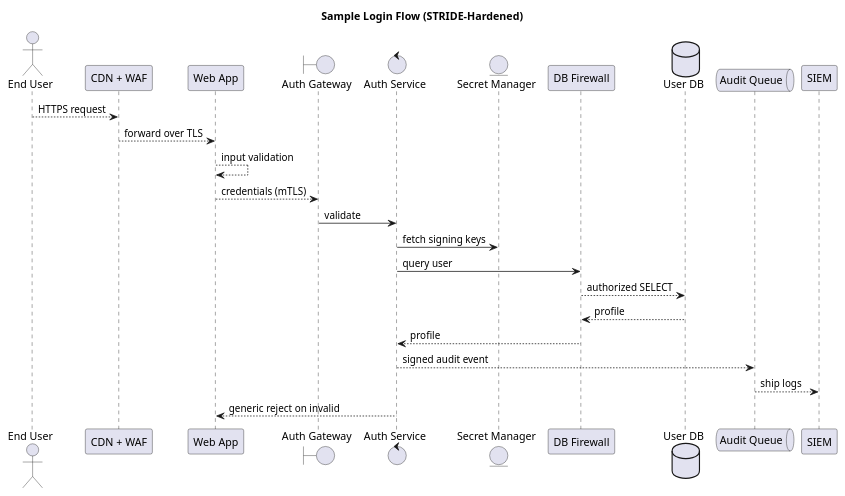
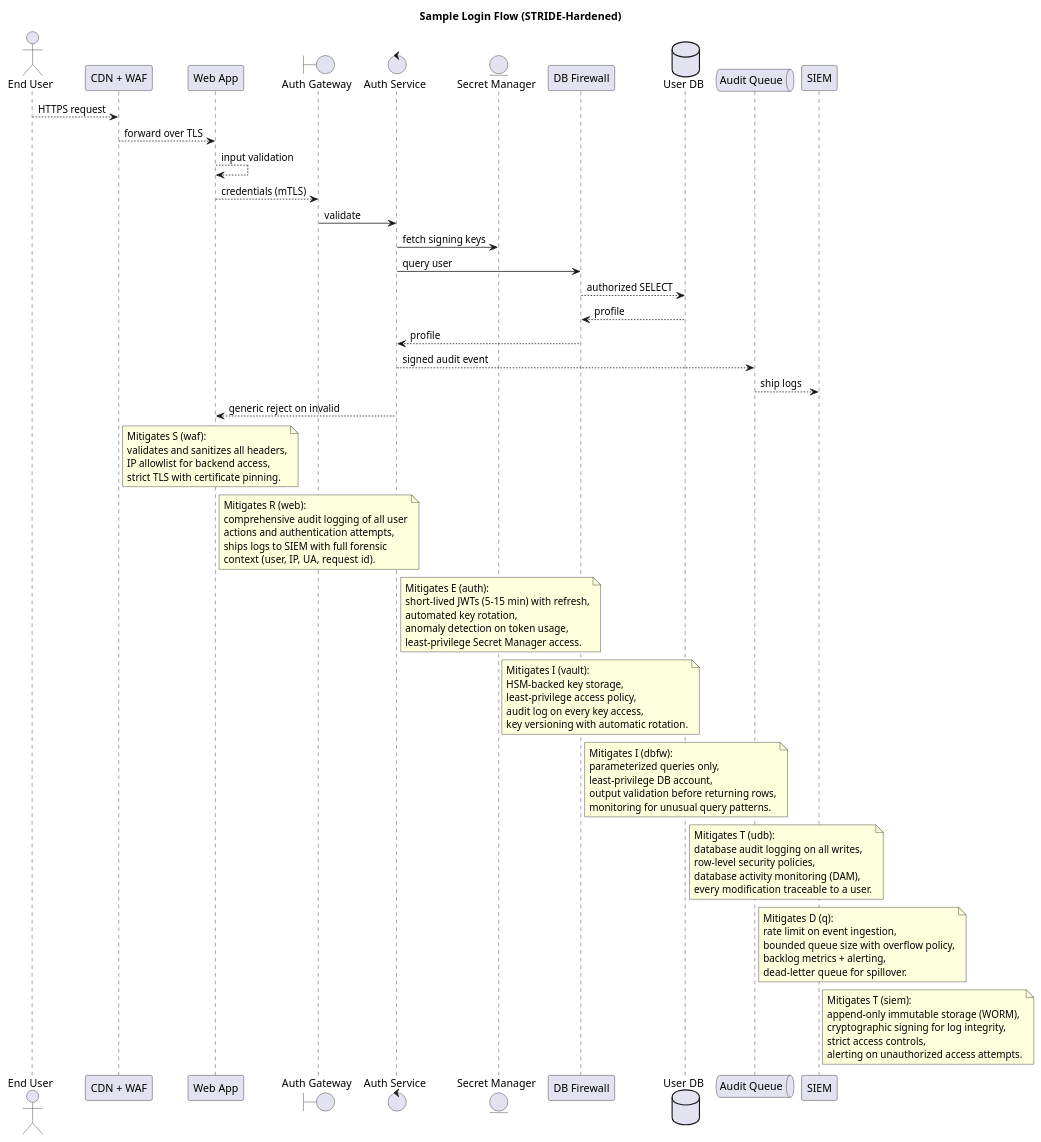
One commit to rizkyJabar5/analysis-design changed the diagram in sample.puml. Above: the diagram before and after it, drawn with PlantUML.

Commit message:
`Added notes to explain mitigation strategies for various components`

```diff
--- a/sample.puml
+++ b/sample.puml
@@ -1,30 +1,94 @@
 @startuml secure-login-flow
 ' Sample PUML for parser tests — hardened against the STRIDE findings from the backend.
 title Sample Login Flow (STRIDE-Hardened)
 skinparam shadowing false
 
 actor "End User" as user
 participant "CDN + WAF" as waf
 participant "Web App" as web
 boundary "Auth Gateway" as authgw
 control     "Auth Service"   as auth
 entity      "Secret Manager" as vault
 participant "DB Firewall"    as dbfw
 database    "User DB"        as udb
 queue       "Audit Queue"    as q
 participant "SIEM"           as siem
 
 user   -->  waf    : HTTPS request
 waf    -->  web    : forward over TLS
 web    -->  web    : input validation
 web    --> authgw : credentials (mTLS)
 authgw ->  auth   : validate
 auth   ->  vault  : fetch signing keys
 auth   ->  dbfw   : query user
 dbfw   -->  udb    : authorized SELECT
 udb    --> dbfw   : profile
 dbfw   --> auth   : profile
 auth   --> q      : signed audit event
 q      --> siem   : ship logs
 auth   --> web    : generic reject on invalid
+
+note right of waf
+  Mitigates S (waf):
+  validates and sanitizes all headers,
+  IP allowlist for backend access,
+  strict TLS with certificate pinning.
+end note
+
+note right of web
+  Mitigates R (web):
+  comprehensive audit logging of all user
+  actions and authentication attempts,
+  ships logs to SIEM with full forensic
+  context (user, IP, UA, request id).
+end note
+
+note right of auth
+  Mitigates E (auth):
+  short-lived JWTs (5-15 min) with refresh,
+  automated key rotation,
+  anomaly detection on token usage,
+  least-privilege Secret Manager access.
+end note
+
+note right of vault
+  Mitigates I (vault):
+  HSM-backed key storage,
+  least-privilege access policy,
+  audit log on every key access,
+  key versioning with automatic rotation.
+end note
+
+note right of dbfw
+  Mitigates I (dbfw):
+  parameterized queries only,
+  least-privilege DB account,
+  output validation before returning rows,
+  monitoring for unusual query patterns.
+end note
+
+note right of udb
+  Mitigates T (udb):
+  database audit logging on all writes,
+  row-level security policies,
+  database activity monitoring (DAM),
+  every modification traceable to a user.
+end note
+
+note right of q
+  Mitigates D (q):
+  rate limit on event ingestion,
+  bounded queue size with overflow policy,
+  backlog metrics + alerting,
+  dead-letter queue for spillover.
+end note
+
+note right of siem
+  Mitigates T (siem):
+  append-only immutable storage (WORM),
+  cryptographic signing for log integrity,
+  strict access controls,
+  alerting on unauthorized access attempts.
+end note
+
 @enduml
```
